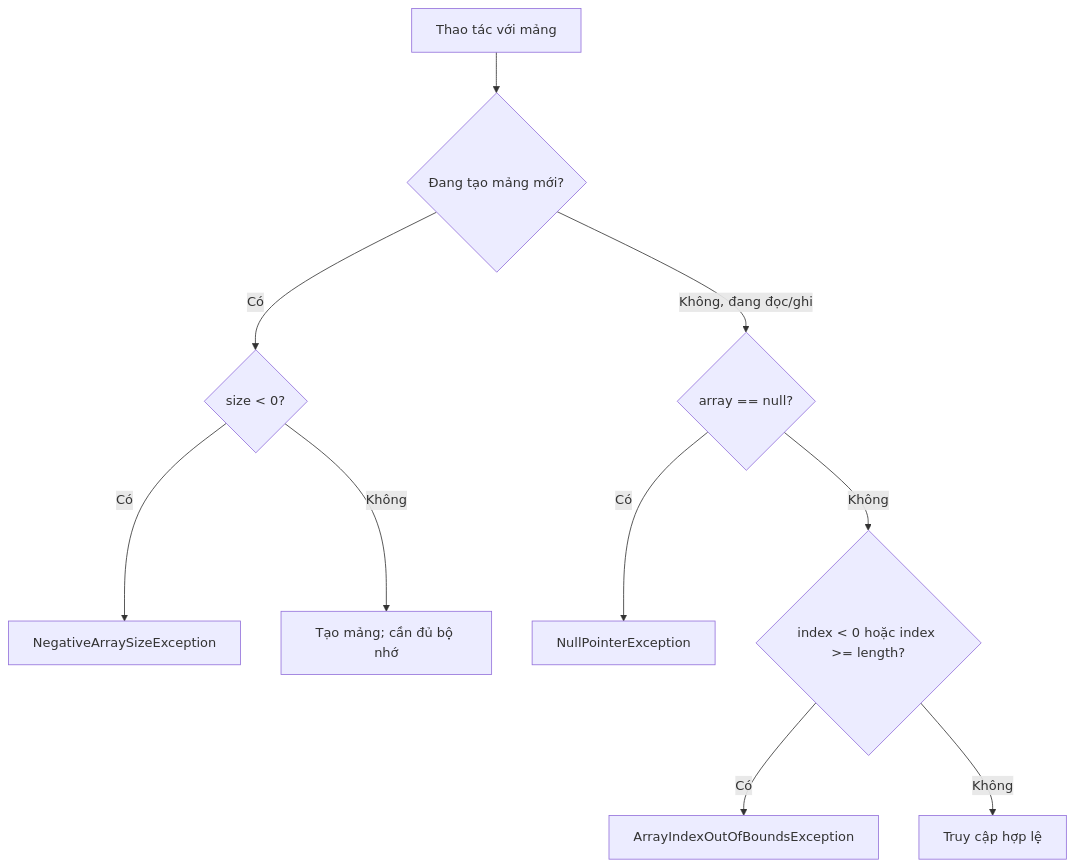
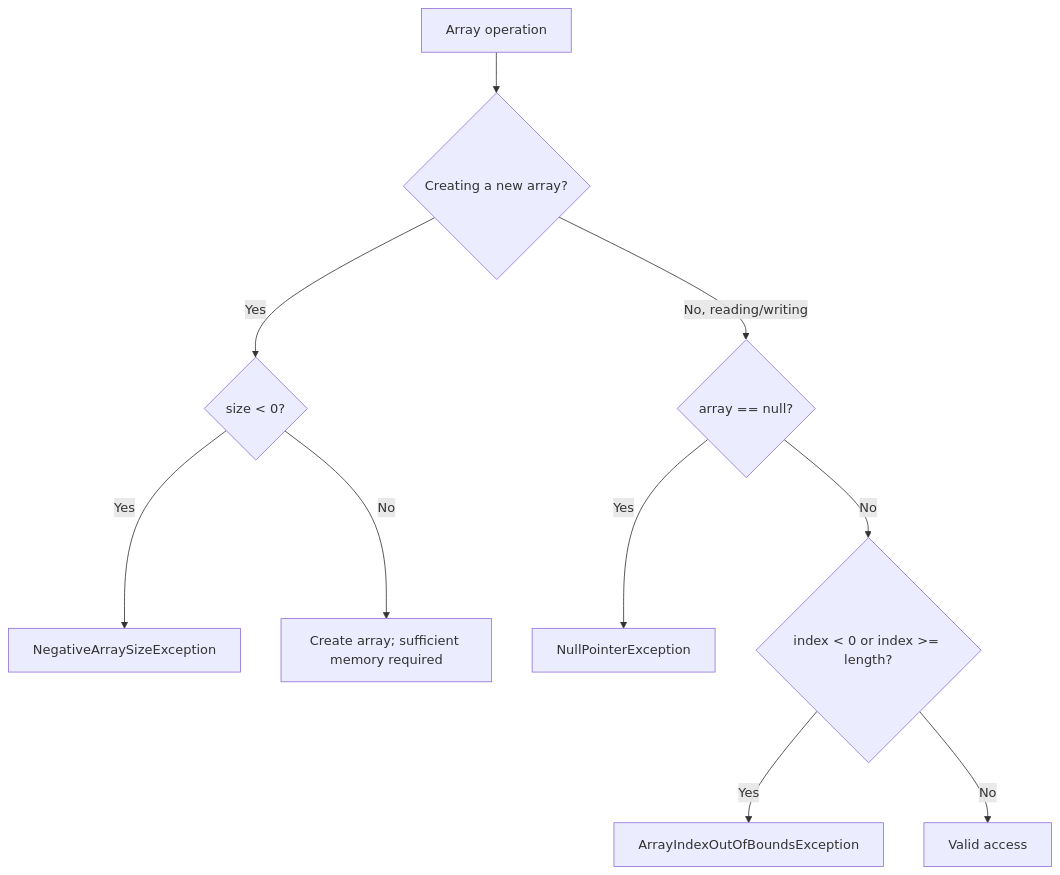
Before and after one commit to phuongnguyenit93/learning-platform-data: the diagram in module/platform/development/programming/language/java/core/language-basics/content/knowledge/en/24.one-dimensional-arrays/one-dimensional-arrays-008.md, drawn with Mermaid. The commit also changed other lines of this file and 2307 other files, not shown here.

```diff
--- a/module/platform/development/programming/language/java/core/language-basics/content/knowledge/en/24.one-dimensional-arrays/one-dimensional-arrays-008.md
+++ b/module/platform/development/programming/language/java/core/language-basics/content/knowledge/en/24.one-dimensional-arrays/one-dimensional-arrays-008.md
@@ -174,12 +174,12 @@
 ~~~mermaid
 flowchart TD
-    A["Thao tác với mảng"] --> B{"Đang tạo mảng mới?"}
-    B -- "Có" --> C{"size < 0?"}
-    C -- "Có" --> D["NegativeArraySizeException"]
-    C -- "Không" --> E["Tạo mảng; cần đủ bộ nhớ"]
-    B -- "Không, đang đọc/ghi" --> F{"array == null?"}
-    F -- "Có" --> G["NullPointerException"]
-    F -- "Không" --> H{"index < 0 hoặc index >= length?"}
-    H -- "Có" --> I["ArrayIndexOutOfBoundsException"]
-    H -- "Không" --> J["Truy cập hợp lệ"]
+    A["Array operation"] --> B{"Creating a new array?"}
+    B -- "Yes" --> C{"size < 0?"}
+    C -- "Yes" --> D["NegativeArraySizeException"]
+    C -- "No" --> E["Create array; sufficient memory required"]
+    B -- "No, reading/writing" --> F{"array == null?"}
+    F -- "Yes" --> G["NullPointerException"]
+    F -- "No" --> H{"index < 0 or index >= length?"}
+    H -- "Yes" --> I["ArrayIndexOutOfBoundsException"]
+    H -- "No" --> J["Valid access"]
 ~~~
```
